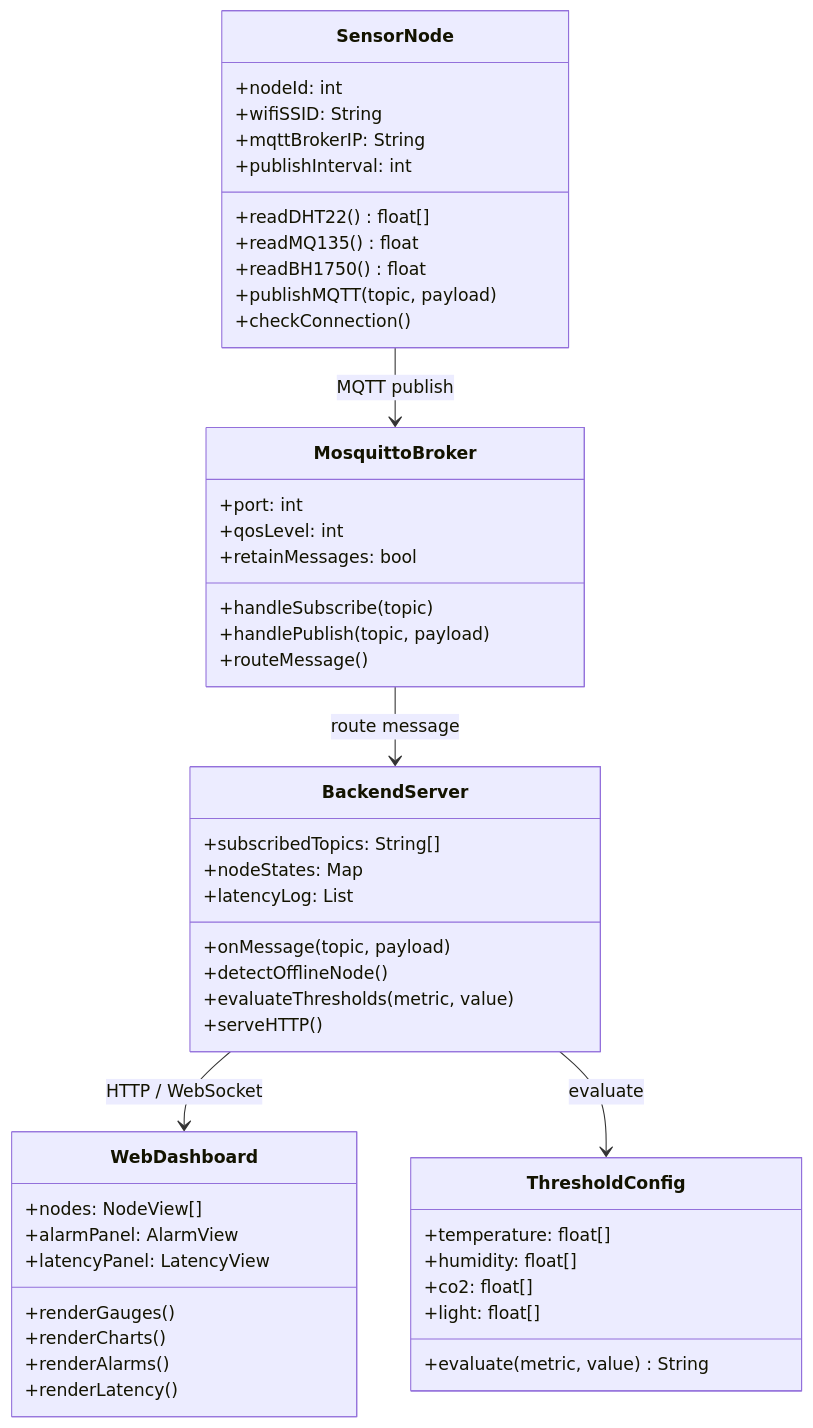
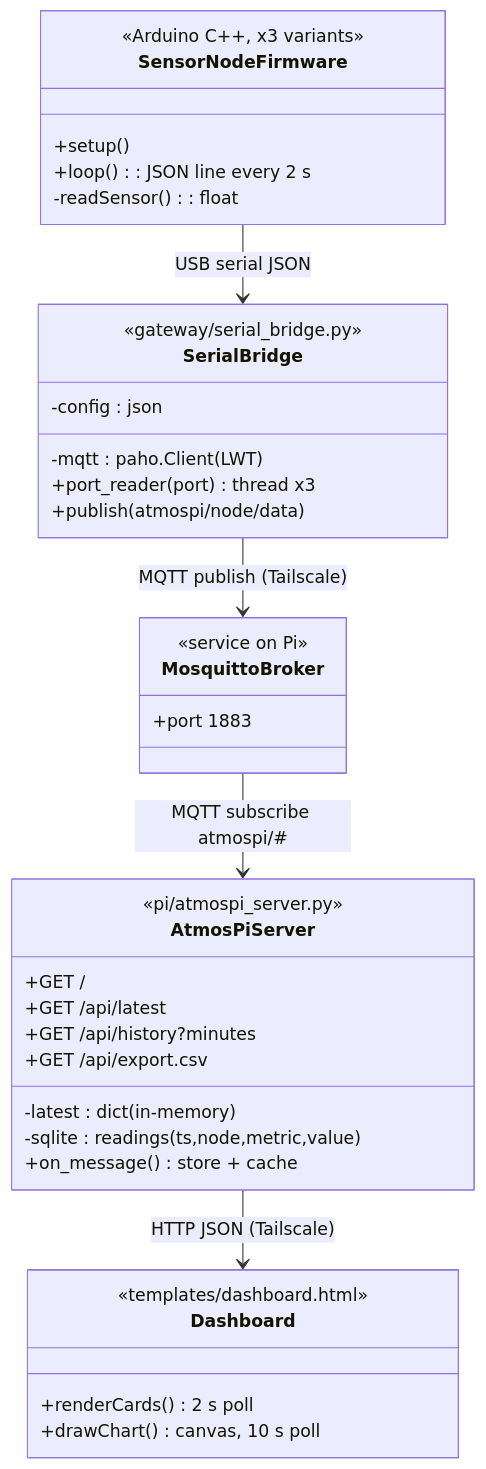
Before and after one commit to Oluwasholape/SS2026_AES_LAB_GROUP_A2: the second of 2 diagrams in project/README.md, drawn with Mermaid. The commit also changed other lines of this file, not shown here.

First line of the commit message:
Revise README for AtmosPi project details

````diff
--- a/project/README.md
+++ b/project/README.md
@@ -137,56 +136,39 @@
 ```mermaid
 classDiagram
-    class SensorNode {
-        +nodeId: int
-        +wifiSSID: String
-        +mqttBrokerIP: String
-        +publishInterval: int
-        +readDHT22() float[]
-        +readMQ135() float
-        +readBH1750() float
-        +publishMQTT(topic, payload)
-        +checkConnection()
-    }
-
-    class MosquittoBroker {
-        +port: int
-        +qosLevel: int
-        +retainMessages: bool
-        +handleSubscribe(topic)
-        +handlePublish(topic, payload)
-        +routeMessage()
-    }
-
-    class BackendServer {
-        +subscribedTopics: String[]
-        +nodeStates: Map
-        +latencyLog: List
-        +onMessage(topic, payload)
-        +detectOfflineNode()
-        +evaluateThresholds(metric, value)
-        +serveHTTP()
-    }
-
-    class WebDashboard {
-        +nodes: NodeView[]
-        +alarmPanel: AlarmView
-        +latencyPanel: LatencyView
-        +renderGauges()
-        +renderCharts()
-        +renderAlarms()
-        +renderLatency()
-    }
-
-    class ThresholdConfig {
-        +temperature: float[]
-        +humidity: float[]
-        +co2: float[]
-        +light: float[]
-        +evaluate(metric, value) String
-    }
-
-    SensorNode --> MosquittoBroker : MQTT publish
-    MosquittoBroker --> BackendServer : route message
-    BackendServer --> WebDashboard : HTTP / WebSocket
-    BackendServer --> ThresholdConfig : evaluate
+  class SensorNodeFirmware {
+    <<Arduino C++, x3 variants>>
+    +setup()
+    +loop() : JSON line every 2 s
+    -readSensor() : float
+  }
+  class SerialBridge {
+    <<gateway/serial_bridge.py>>
+    -config : json
+    -mqtt : paho.Client (LWT)
+    +port_reader(port) thread x3
+    +publish(atmospi/node/data)
+  }
+  class MosquittoBroker {
+    <<service on Pi>>
+    +port 1883
+  }
+  class AtmosPiServer {
+    <<pi/atmospi_server.py>>
+    -latest : dict (in-memory)
+    -sqlite : readings(ts,node,metric,value)
+    +on_message() store + cache
+    +GET /
+    +GET /api/latest
+    +GET /api/history?minutes
+    +GET /api/export.csv
+  }
+  class Dashboard {
+    <<templates/dashboard.html>>
+    +renderCards() 2 s poll
+    +drawChart() canvas, 10 s poll
+  }
+  SensorNodeFirmware --> SerialBridge : USB serial JSON
+  SerialBridge --> MosquittoBroker : MQTT publish (Tailscale)
+  MosquittoBroker --> AtmosPiServer : MQTT subscribe atmospi/#
+  AtmosPiServer --> Dashboard : HTTP JSON (Tailscale)
 ```
````
